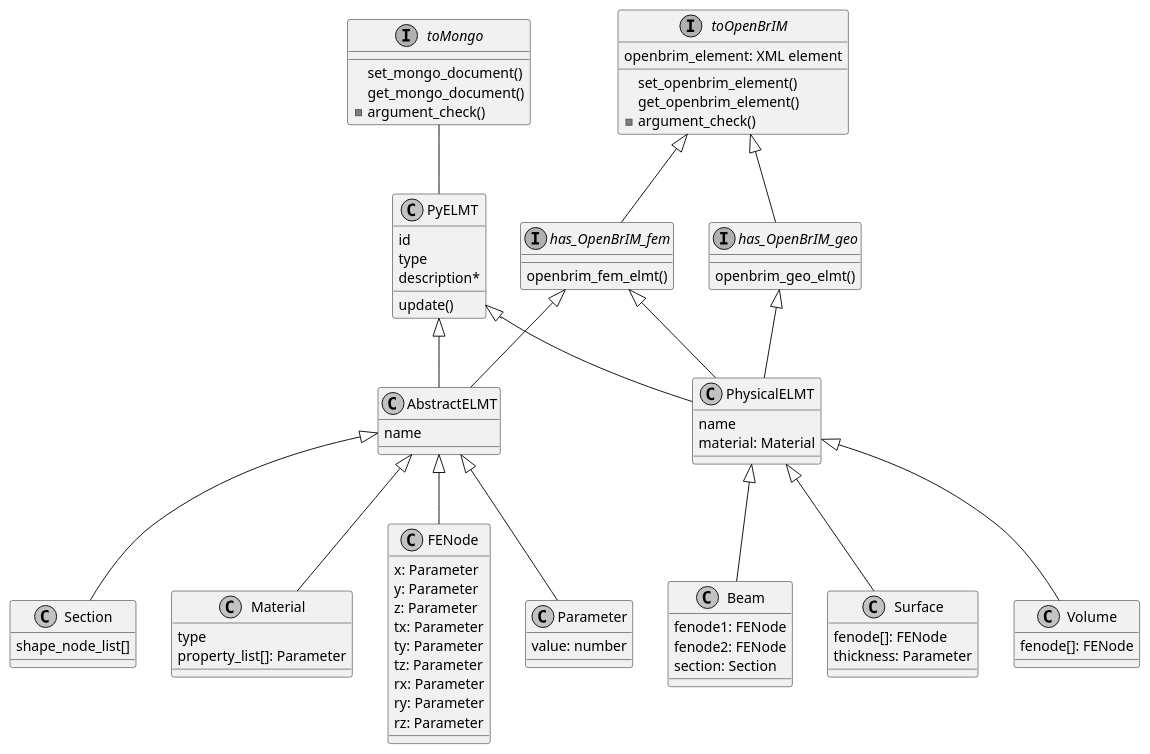
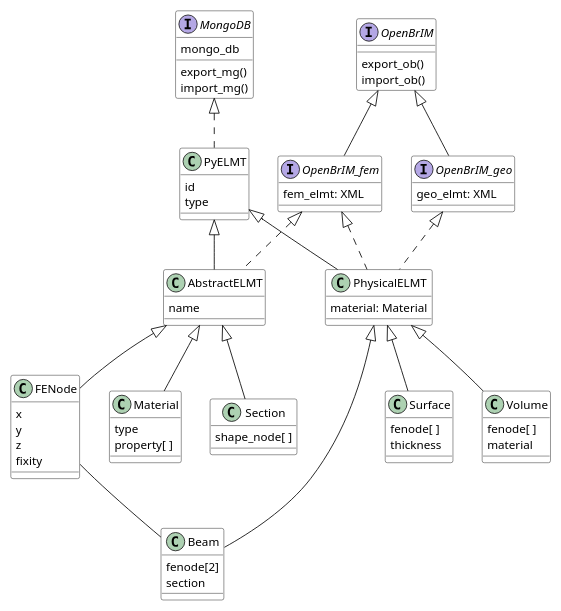
Before and after one commit to YidongQIN/PyBMS_BrIM: the diagram in Notes & Diagrams/ClassDiagram Entire.puml, drawn with PlantUML. The commit also changed 2 other files, not shown here.

```diff
--- a/Notes & Diagrams/ClassDiagram Entire.puml
+++ b/Notes & Diagrams/ClassDiagram Entire.puml
@@ -1,124 +1,139 @@
-@startuml
+@startuml BrIM
 
 top to bottom direction
-' left to right direction
+scale 1200*600
 
+skinparam backgroundColor transparent
 skinparam shadowing false
-skinparam monochrome true
+skinparam DefaultFontName Consolas
 
 skinparam class {
-
-    ' BackgroundColor White
-    ' ArrowColor Black
-    ' BorderColor Black
+    BackgroundColor White
+    ArrowColor Black
+    BorderColor Black
 }
 
-Interface toMongo{
-    set_mongo_document()
-    get_mongo_document()
-    - argument_check()
+Interface MongoDB{
+    mongo_db
+    export_mg()
+    import_mg()
+    ' - argument_check()
 }
 
 class PyELMT{
     id
     type
-    description*
-    update()
+    ' description*
+    ' update()
 }
 
 class AbstractELMT{
     name
 }
 
 class PhysicalELMT{
-    name
+    ' name
     material: Material
 }
 
 ' hide PhysicalELMT circle
 
-Interface toOpenBrIM{
-    openbrim_element: XML element
-    set_openbrim_element()
-    get_openbrim_element()
-    - argument_check()
+Interface OpenBrIM{
+    ' openbrim_element: XML element
+    export_ob()
+    import_ob()
+    ' - argument_check()
 }
 
-Interface has_OpenBrIM_fem{
-    openbrim_fem_elmt()
+Interface OpenBrIM_fem{
+    fem_elmt: XML
 }
 
-Interface has_OpenBrIM_geo{
-    openbrim_geo_elmt()
+Interface OpenBrIM_geo{
+    geo_elmt: XML
 }
 
 PyELMT <|-- AbstractELMT
 PyELMT <|-- PhysicalELMT
-has_OpenBrIM_fem <|-- AbstractELMT
-has_OpenBrIM_fem <|-- PhysicalELMT
-has_OpenBrIM_geo <|-- PhysicalELMT
+OpenBrIM_fem <|.. AbstractELMT
+OpenBrIM_fem <|.. PhysicalELMT
+OpenBrIM_geo <|.. PhysicalELMT
 
-toOpenBrIM <|-- has_OpenBrIM_fem
-toOpenBrIM <|-- has_OpenBrIM_geo
-toMongo -- PyELMT
+OpenBrIM <|-- OpenBrIM_fem
+OpenBrIM <|-- OpenBrIM_geo
+MongoDB <|.. PyELMT
 
 ' class Project{}
 ' class Group
-class Parameter{
-    value: number
+' class Parameter{
+'     value: number
+' }
+' class Shape{
+'     node_list[ ]
+' }
+
+class FENode{
+    x
+    y
+    z
+    fixity
+    ' x: Parameter
+    ' y: Parameter
+    ' z: Parameter
+    ' tx: Parameter
+    ' ty: Parameter
+    ' tz: Parameter
+    ' rx: Parameter
+    ' ry: Parameter
+    ' rz: Parameter
 }
-' class Shape{
-'     node_list[]
-' }
-class Section{
-    shape_node_list[]
-}
+
 class Material{
     type
-    property_list[]: Parameter
-}
-class FENode{
-    x: Parameter
-    y: Parameter
-    z: Parameter
-    tx: Parameter
-    ty: Parameter
-    tz: Parameter
-    rx: Parameter
-    ry: Parameter
-    rz: Parameter
+    ' property[ ]: Parameter
+    property[ ]
 }
 
+class Section{
+    shape_node[ ]
+}
 
 ' AbstractELMT <|-- Project
 ' AbstractELMT <|-- Group
-AbstractELMT <|-- Parameter
+' AbstractELMT <|-- Parameter
+AbstractELMT <|-- FENode
 AbstractELMT <|-- Section
 AbstractELMT <|-- Material
-AbstractELMT <|-- FENode
 ' AbstractELMT <|-- Shape
 ' Shape -- Section
 
 class Beam{
-    fenode1: FENode
-    fenode2: FENode
-    section: Section
+    fenode[2]
+    section
+    ' fenode1: FENode
+    ' fenode2: FENode
+    ' section: Section
     ' material: Material'
 }
 class Surface{
-    fenode[]: FENode
-    thickness: Parameter
+    fenode[ ]
+    thickness
+    ' fenode[ ]: FENode
+    ' thickness: Parameter
 }
 ' class Bolted_Plate
 class Volume{
-    fenode[]: FENode
+    fenode[ ]
+    material
 }
 ' class Sensor
 
 PhysicalELMT <|-- Beam
 PhysicalELMT <|-- Surface
 ' Surface <|-- Bolted_Plate
 PhysicalELMT <|-- Volume
 ' PhysicalELMT <|-- Sensor
 
+FENode -- Beam
+
 @enduml
```
